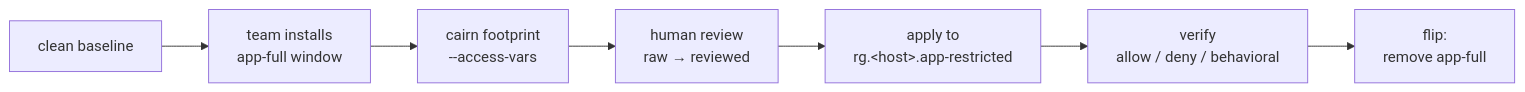
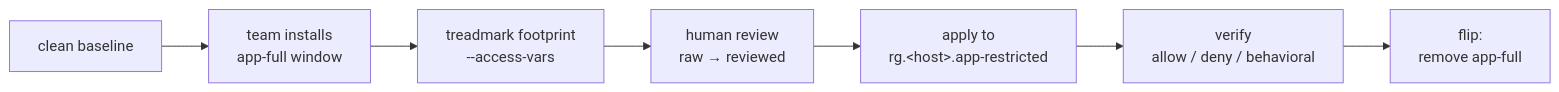
One commit to mcowser-p/declarative-access-profiles changed the diagram in docs/index.md. Above: the diagram before and after it, drawn with Mermaid. The commit also changed other lines of this file and 117 other files, not shown here.

First line of the commit message:
docs: cairn is now treadmark

````diff
--- a/docs/index.md
+++ b/docs/index.md
@@ -10,9 +10,9 @@
 ```mermaid
 flowchart LR
     A[clean baseline] --> B[team installs<br/>app-full window]
-    B --> C[cairn footprint<br/>--access-vars]
+    B --> C[treadmark footprint<br/>--access-vars]
     C --> D[human review<br/>raw → reviewed]
     D --> E[apply to<br/>rg.&lt;host&gt;.app-restricted]
     E --> F[verify<br/>allow / deny / behavioral]
     F --> G[flip:<br/>remove app-full]
 ```
````
